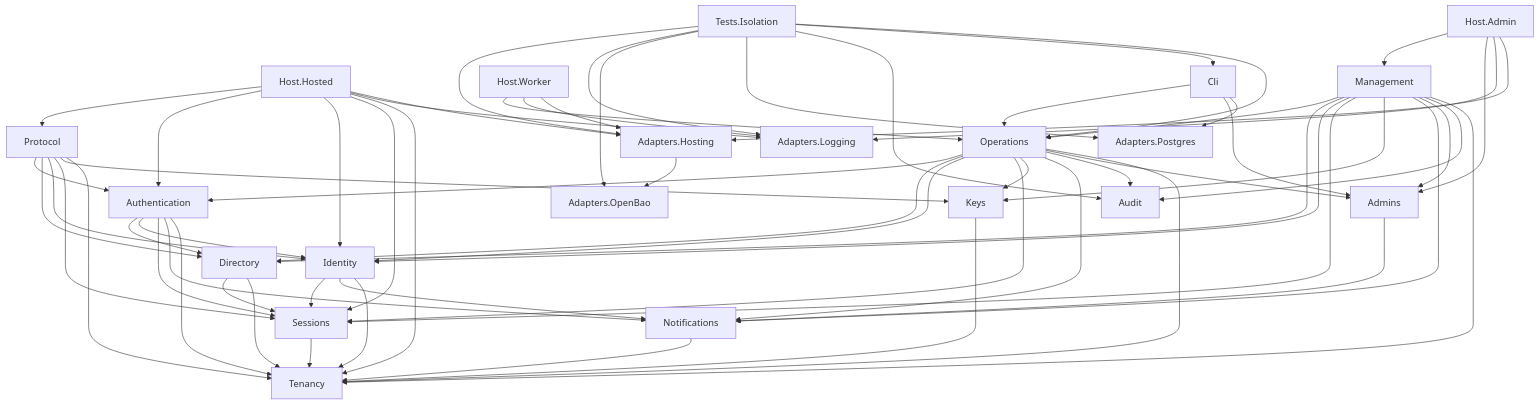
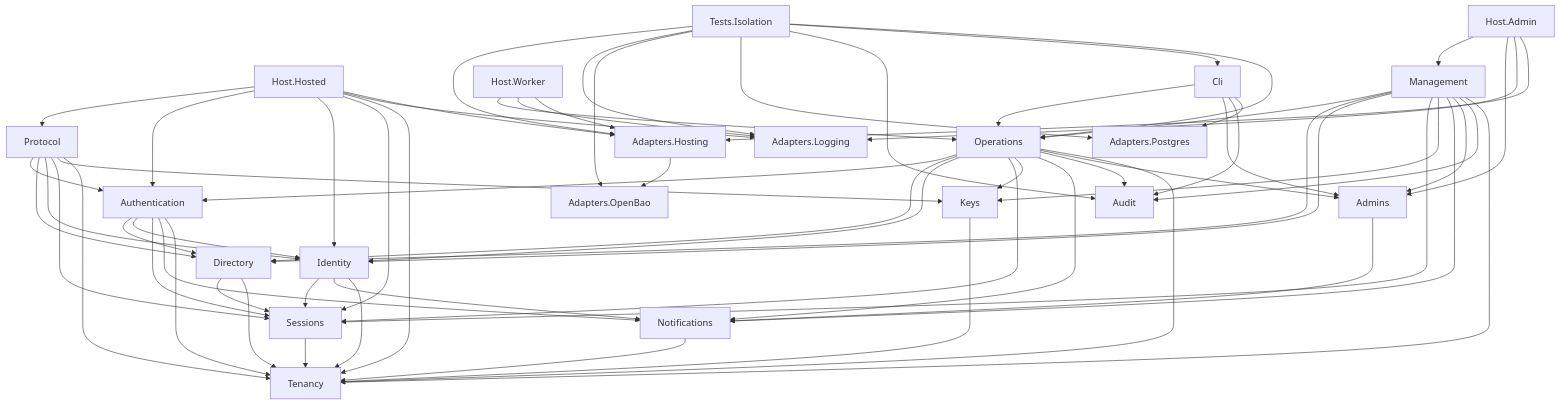
The diagram in docs/architecture/module-dependencies.md (shanilmelder/gatekeep), drawn with Mermaid before and after one commit. The commit also changed 42 other files, not shown here.

```diff
--- a/docs/architecture/module-dependencies.md
+++ b/docs/architecture/module-dependencies.md
@@ -20,11 +20,11 @@
   HostWorker[Host.Worker]
   Operations[Operations]
   Cli[Cli]
+  Audit[Audit]
   AdaptersPostgres[Adapters.Postgres]
   Directory[Directory]
   Keys[Keys]
   Notifications[Notifications]
-  Audit[Audit]
   AdaptersOpenBao[Adapters.OpenBao]
   TestsIsolation[Tests.Isolation]
   HostHosted --> Protocol
@@ -43,6 +43,7 @@
   HostWorker --> AdaptersHosting
   Cli --> Operations
   Cli --> Admins
+  Cli --> Audit
   Cli --> AdaptersPostgres
   Protocol --> Authentication
   Protocol --> Directory
```
